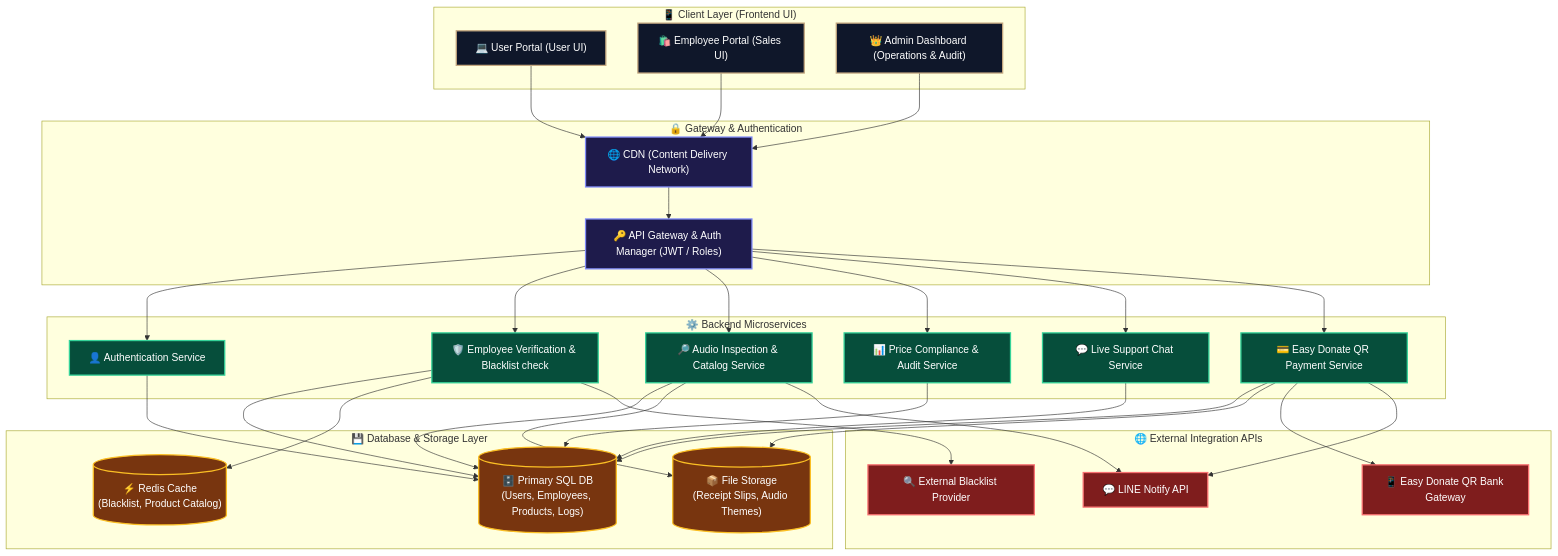
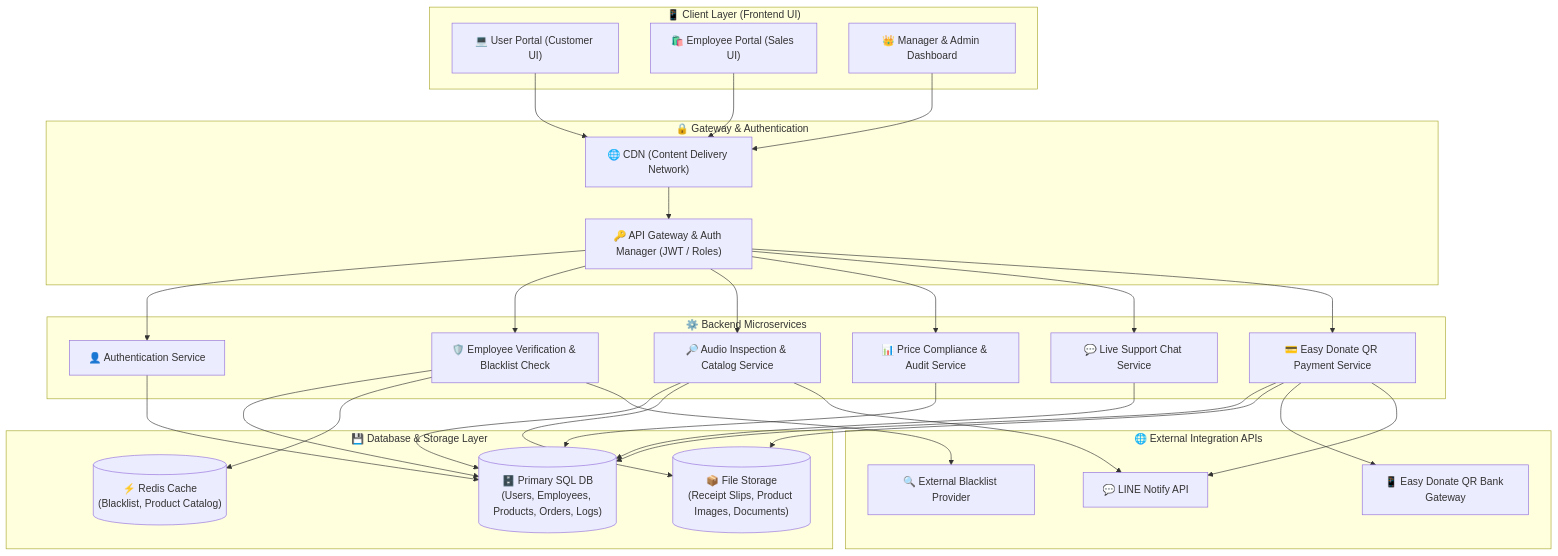
The first of 4 diagrams in analysis_design.md (sShinjikubs/Workshop-1), drawn with Mermaid before and after one commit. The commit also changed other lines of this file, not shown here.

Commit message:
docs: consolidate analysis_design.md into clean 6-section layout without duplicated diagrams

````diff
--- a/analysis_design.md
+++ b/analysis_design.md
@@ -40,76 +47,60 @@
 ```mermaid
 graph TB
     subgraph Client_Layer ["📱 Client Layer (Frontend UI)"]
-        A1["💻 User Portal (User UI)"]
+        A1["💻 User Portal (Customer UI)"]
         A2["🛍️ Employee Portal (Sales UI)"]
-        A3["👑 Admin Dashboard (Operations & Audit)"]
+        A3["👑 Manager & Admin Dashboard"]
     end
  
     subgraph Gateway_Layer ["🔒 Gateway & Authentication"]
         CDN["🌐 CDN (Content Delivery Network)"]
         GW["🔑 API Gateway & Auth Manager (JWT / Roles)"]
     end
  
     subgraph Backend_Layer ["⚙️ Backend Microservices"]
         AuthSvc["👤 Authentication Service"]
-        VerifySvc["🛡️ Employee Verification & Blacklist check"]
+        VerifySvc["🛡️ Employee Verification & Blacklist Check"]
         InspectSvc["🔎 Audio Inspection & Catalog Service"]
         AuditSvc["📊 Price Compliance & Audit Service"]
         ChatSvc["💬 Live Support Chat Service"]
         PaySvc["💳 Easy Donate QR Payment Service"]
     end
  
     subgraph Data_Layer ["💾 Database & Storage Layer"]
-        SQL_DB[("🗄️ Primary SQL DB<br>(Users, Employees, Products, Logs)")]
+        SQL_DB[("🗄️ Primary SQL DB<br>(Users, Employees, Products, Orders, Logs)")]
         Redis_DB[("⚡ Redis Cache<br>(Blacklist, Product Catalog)")]
-        Storage[("📦 File Storage<br>(Receipt Slips, Audio Themes)")]
+        Storage[("📦 File Storage<br>(Receipt Slips, Product Images, Documents)")]
     end
 
     subgraph External_Services ["🌐 External Integration APIs"]
         LineAPI["💬 LINE Notify API"]
         BankAPI["📱 Easy Donate QR Bank Gateway"]
         BlacklistAPI["🔍 External Blacklist Provider"]
     end
 
-    %% Client to Gateway Connections
+    %% Connections
     A1 & A2 & A3 --> CDN
     CDN --> GW
 
-    %% Gateway to Microservices Connections
     GW --> AuthSvc
     GW --> VerifySvc
     GW --> InspectSvc
     GW --> AuditSvc
     GW --> ChatSvc
     GW --> PaySvc
 
-    %% Services to Databases
     AuthSvc --> SQL_DB
     VerifySvc --> SQL_DB
     VerifySvc --> Redis_DB
     InspectSvc --> SQL_DB
     InspectSvc --> Storage
     AuditSvc --> SQL_DB
     ChatSvc --> SQL_DB
     PaySvc --> SQL_DB
     PaySvc --> Storage
 
-    %% External APIs Trigger
     VerifySvc --> BlacklistAPI
     PaySvc --> BankAPI
     PaySvc --> LineAPI
     InspectSvc --> LineAPI
-
-    %% Style Customization
-    classDef client fill:#0f172a,stroke:#c5a880,stroke-width:2px,color:#fff;
-    classDef gateway fill:#1e1b4b,stroke:#818cf8,stroke-width:2px,color:#fff;
-    classDef backend fill:#064e3b,stroke:#34d399,stroke-width:2px,color:#fff;
-    classDef data fill:#78350f,stroke:#fbbf24,stroke-width:2px,color:#fff;
-    classDef external fill:#7f1d1d,stroke:#f87171,stroke-width:2px,color:#fff;
-
-    class A1,A2,A3 client;
-    class CDN,GW gateway;
-    class AuthSvc,VerifySvc,InspectSvc,AuditSvc,ChatSvc,PaySvc backend;
-    class SQL_DB,Redis_DB,Storage data;
-    class LineAPI,BankAPI,BlacklistAPI external;
 ```
````
